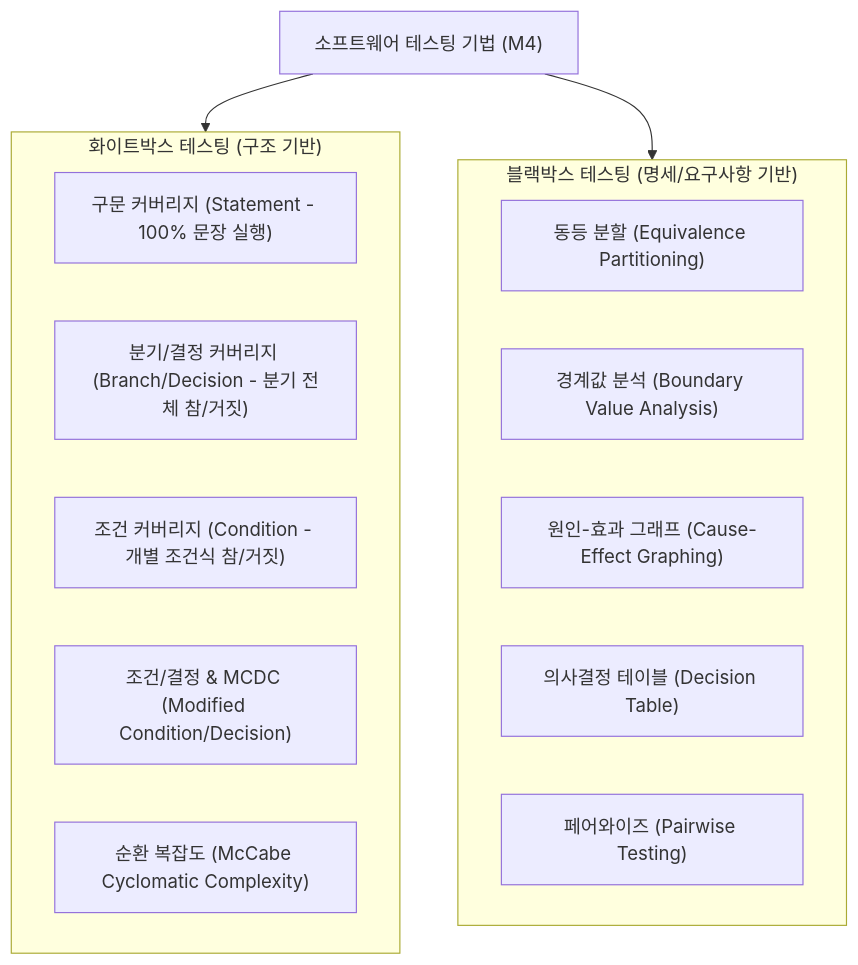
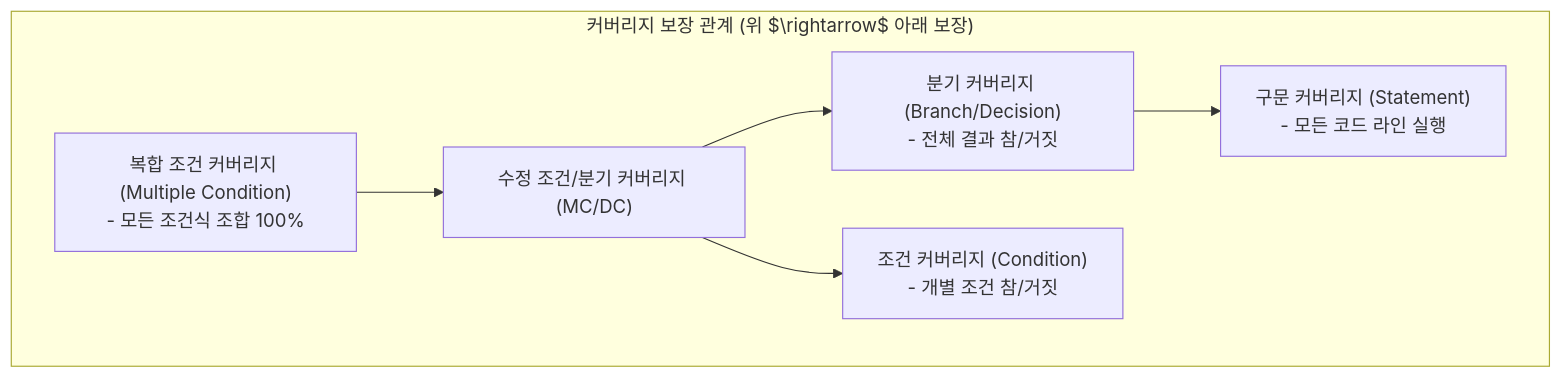
Before and after one commit to initbtn/blog: the second of 2 diagrams in content/posts/ncs-swe-module-5-whitebox-blackbox-testing-coverage.md, drawn with Mermaid. The commit also changed other lines of this file and 20 other files, not shown here.

````diff
--- a/content/posts/ncs-swe-module-5-whitebox-blackbox-testing-coverage.md
+++ b/content/posts/ncs-swe-module-5-whitebox-blackbox-testing-coverage.md
@@ -14,23 +48,9 @@
 ```mermaid
 flowchart TD
-    Testing["소프트웨어 테스팅 기법 (M4)"]
-    
-    subgraph WhiteBox["화이트박스 테스팅 (구조 기반)"]
-        W1["구문 커버리지 (Statement - 100% 문장 실행)"]
-        W2["분기/결정 커버리지 (Branch/Decision - 분기 전체 참/거짓)"]
-        W3["조건 커버리지 (Condition - 개별 조건식 참/거짓)"]
-        W4["조건/결정 & MCDC (Modified Condition/Decision)"]
-        W5["순환 복잡도 (McCabe Cyclomatic Complexity)"]
+    subgraph Inclusion["커버리지 보장 관계 (위 $\rightarrow$ 아래 보장)"]
+        Multiple["복합 조건 커버리지 (Multiple Condition)<br>- 모든 조건식 조합 100%"] --> MCDC["수정 조건/분기 커버리지 (MC/DC)"]
+        MCDC --> Branch["분기 커버리지 (Branch/Decision)<br>- 전체 결과 참/거짓"]
+        MCDC --> Condition["조건 커버리지 (Condition)<br>- 개별 조건 참/거짓"]
+        Branch --> Statement["구문 커버리지 (Statement)<br>- 모든 코드 라인 실행"]
     end
-
-    subgraph BlackBox["블랙박스 테스팅 (명세/요구사항 기반)"]
-        B1["동등 분할 (Equivalence Partitioning)"]
-        B2["경계값 분석 (Boundary Value Analysis)"]
-        B3["원인-효과 그래프 (Cause-Effect Graphing)"]
-        B4["의사결정 테이블 (Decision Table)"]
-        B5["페어와이즈 (Pairwise Testing)"]
-    end
-
-    Testing --> WhiteBox
-    Testing --> BlackBox
 ```
````
